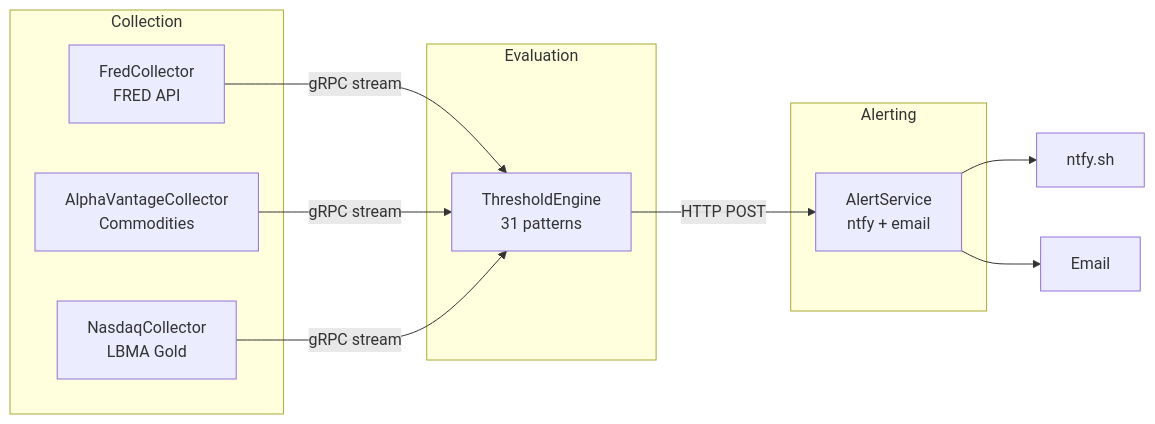
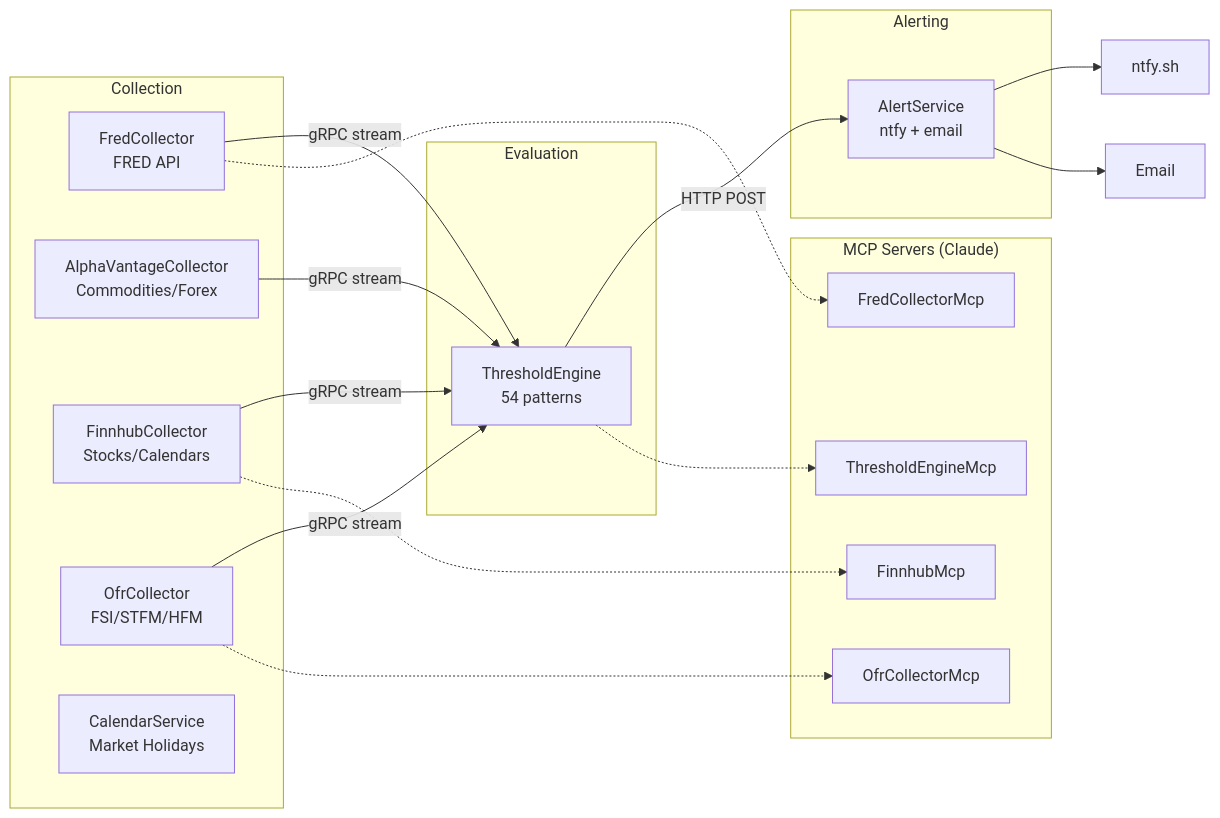
The first of 2 diagrams in docs/ARCHITECTURE.md (jpansarasa/ATLAS-Docs), drawn with Mermaid before and after one commit. The commit also changed other lines of this file and 4 other files, not shown here.

````diff
--- a/docs/ARCHITECTURE.md
+++ b/docs/ARCHITECTURE.md
@@ -7,23 +7,38 @@
 ```mermaid
 flowchart LR
     subgraph Collection
         FC[FredCollector<br/>FRED API]
-        AV[AlphaVantageCollector<br/>Commodities]
-        NC[NasdaqCollector<br/>LBMA Gold]
+        AV[AlphaVantageCollector<br/>Commodities/Forex]
+        FH[FinnhubCollector<br/>Stocks/Calendars]
+        OFR[OfrCollector<br/>FSI/STFM/HFM]
+        CS[CalendarService<br/>Market Holidays]
     end
 
     subgraph Evaluation
-        TE[ThresholdEngine<br/>31 patterns]
+        TE[ThresholdEngine<br/>54 patterns]
     end
 
     subgraph Alerting
         AS[AlertService<br/>ntfy + email]
     end
 
+    subgraph MCP["MCP Servers (Claude)"]
+        FM[FredCollectorMcp]
+        TM[ThresholdEngineMcp]
+        FHM[FinnhubMcp]
+        OM[OfrCollectorMcp]
+    end
+
     FC -->|gRPC stream| TE
     AV -->|gRPC stream| TE
-    NC -->|gRPC stream| TE
+    FH -->|gRPC stream| TE
+    OFR -->|gRPC stream| TE
     TE -->|HTTP POST| AS
     AS --> N[ntfy.sh]
     AS --> E[Email]
+
+    FC -.-> FM
+    TE -.-> TM
+    FH -.-> FHM
+    OFR -.-> OM
 ```
````
